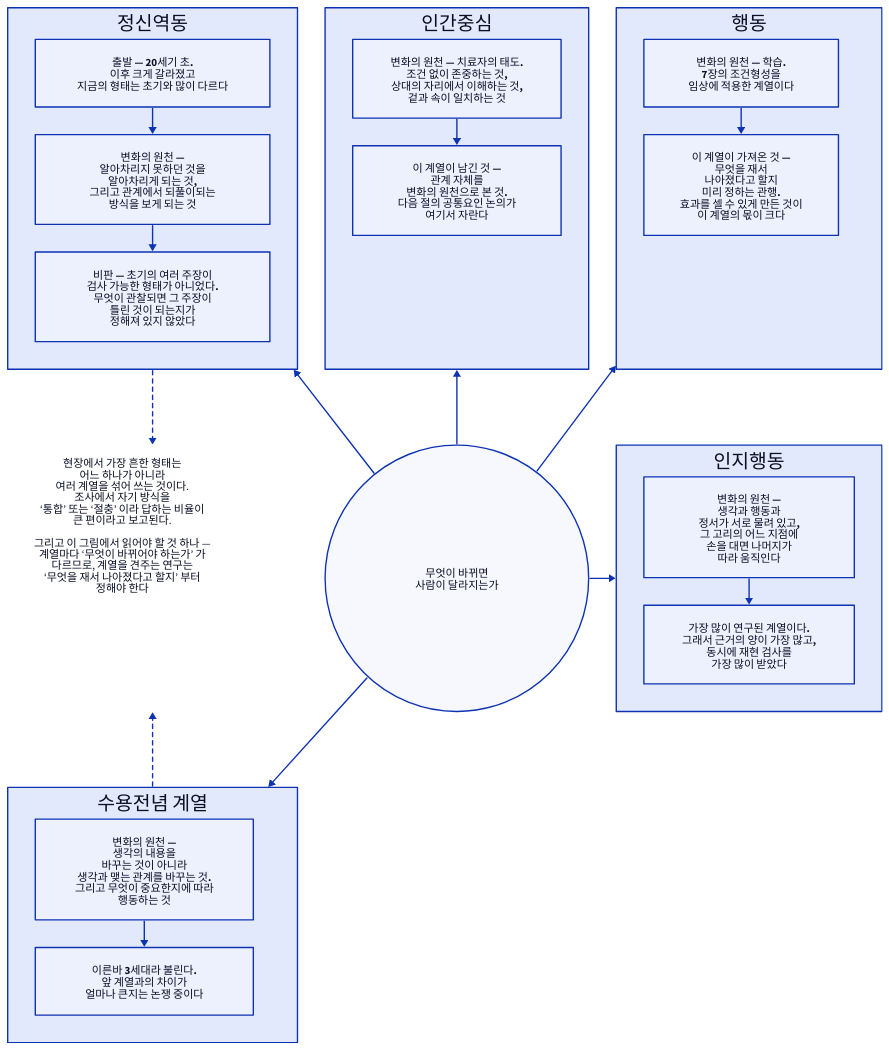
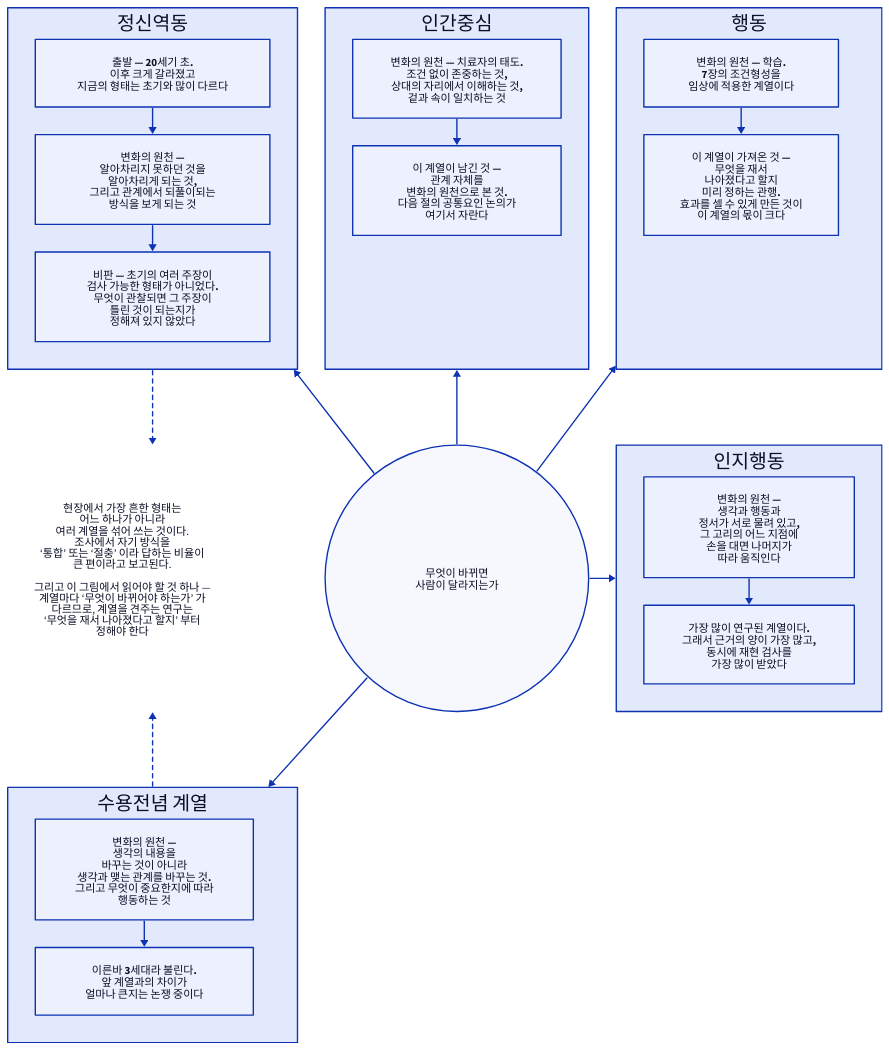
The diagram in d2/psychology/psy-k-lineage.d2 (Dong-gi/Dong-gi.github.io), drawn with D2 before and after one commit. The commit also changed 369 other files, not shown here.

```diff
--- a/d2/psychology/psy-k-lineage.d2
+++ b/d2/psychology/psy-k-lineage.d2
@@ -1,78 +1,80 @@
 # 이론 계보 — 각 계열이 무엇을 변화의 원천으로 보는가. 심리학 19장.
 #
 # 무엇을 읽어야 하나: 계열이 서로 다른 것을 ‘바뀌어야 할 것’ 으로 본다는 것,
 # 그리고 그 차이가 다음 절의 효과 연구에서 무엇을 재야 하는지를 정한다는 것.
 #
 # 배치: 3칸 × 3줄. 물음을 가운데 두고 다섯 계열을 원래 적힌 순서대로 첫 줄 왼쪽에서 오른쪽, 둘째 줄 오른쪽, 셋째 줄에 놓았다.
 # ‘현장’ 은 첫 번째(정신역동)와 다섯 번째(수용전념) 계열 사이 칸에 두어 두 점선이 다른 칸을 가로지르지 않게 했다.
 direction: down
 grid-rows: 3
 grid-columns: 3
 horizontal-gap: 40
 vertical-gap: 110
 
 정신역동: {
   label: "정신역동"
   grid-columns: 1
   grid-gap: 40
   a1: { label: "출발 — 20세기 초.\n이후 크게 갈라졌고\n지금의 형태는 초기와 많이 다르다" }
   a2: { label: "변화의 원천 —\n알아차리지 못하던 것을\n알아차리게 되는 것,\n그리고 관계에서 되풀이되는\n방식을 보게 되는 것"; style.bold: true }
   a3: { label: "비판 — 초기의 여러 주장이\n검사 가능한 형태가 아니었다.\n무엇이 관찰되면 그 주장이\n틀린 것이 되는지가\n정해져 있지 않았다"; style.bold: true }
   a1 -> a2 -> a3
 }
 
 인간중심: {
   label: "인간중심"
   grid-columns: 1
   grid-gap: 40
   b1: { label: "변화의 원천 — 치료자의 태도.\n조건 없이 존중하는 것,\n상대의 자리에서 이해하는 것,\n겉과 속이 일치하는 것"; style.bold: true }
   b2: { label: "이 계열이 남긴 것 —\n관계 자체를\n변화의 원천으로 본 것.\n다음 절의 공통요인 논의가\n여기서 자란다"; style.bold: true }
   b1 -> b2
 }
 
 행동: {
   label: "행동"
   grid-columns: 1
   grid-gap: 40
   c1: { label: "변화의 원천 — 학습.\n7장의 조건형성을\n임상에 적용한 계열이다" }
   c2: { label: "이 계열이 가져온 것 —\n무엇을 재서\n나아졌다고 할지\n미리 정하는 관행.\n효과를 셀 수 있게 만든 것이\n이 계열의 몫이 크다"; style.bold: true }
   c1 -> c2
 }
 
+# 격자 칸은 물음 원만큼 높은데 글 상자는 칸 위쪽에 붙는다. 위아래에 빈 줄을 넣어 가운데로 내린다
+# (그러지 않으면 아래 계열에서 오는 점선이 빈 곳을 가리킨다)
 현장: {
-  label: "　\n현장에서 가장 흔한 형태는\n어느 하나가 아니라\n여러 계열을 섞어 쓰는 것이다.\n조사에서 자기 방식을\n‘통합’ 또는 ‘절충’ 이라 답하는 비율이\n큰 편이라고 보고된다.\n\n그리고 이 그림에서 읽어야 할 것 하나 —\n계열마다 ‘무엇이 바뀌어야 하는가’ 가\n다르므로, 계열을 견주는 연구는\n‘무엇을 재서 나아졌다고 할지’ 부터\n정해야 한다"
+  label: "　\n　\n　\n　\n　\n현장에서 가장 흔한 형태는\n어느 하나가 아니라\n여러 계열을 섞어 쓰는 것이다.\n조사에서 자기 방식을\n‘통합’ 또는 ‘절충’ 이라 답하는 비율이\n큰 편이라고 보고된다.\n\n그리고 이 그림에서 읽어야 할 것 하나 —\n계열마다 ‘무엇이 바뀌어야 하는가’ 가\n다르므로, 계열을 견주는 연구는\n‘무엇을 재서 나아졌다고 할지’ 부터\n정해야 한다\n　\n　\n　\n　"
   shape: text
 }
 
 물음: {
   label: "무엇이 바뀌면\n사람이 달라지는가"
   shape: oval
   style.bold: true
 }
 
 인지행동: {
   label: "인지행동"
   grid-columns: 1
   grid-gap: 40
   d1: { label: "변화의 원천 —\n생각과 행동과\n정서가 서로 물려 있고,\n그 고리의 어느 지점에\n손을 대면 나머지가\n따라 움직인다"; style.bold: true }
   d2: { label: "가장 많이 연구된 계열이다.\n그래서 근거의 양이 가장 많고,\n동시에 재현 검사를\n가장 많이 받았다" }
   d1 -> d2
 }
 
 수용전념: {
   label: "수용전념 계열"
   grid-columns: 1
   grid-gap: 40
   e1: { label: "변화의 원천 —\n생각의 내용을\n바꾸는 것이 아니라\n생각과 맺는 관계를 바꾸는 것.\n그리고 무엇이 중요한지에 따라\n행동하는 것"; style.bold: true }
   e2: { label: "이른바 3세대라 불린다.\n앞 계열과의 차이가\n얼마나 큰지는 논쟁 중이다" }
   e1 -> e2
 }
 
 물음 -> 정신역동
 물음 -> 인간중심
 물음 -> 행동
 물음 -> 인지행동
 물음 -> 수용전념
 
 정신역동 -> 현장: { style.stroke-dash: 3 }
 수용전념 -> 현장: { style.stroke-dash: 3 }
```
